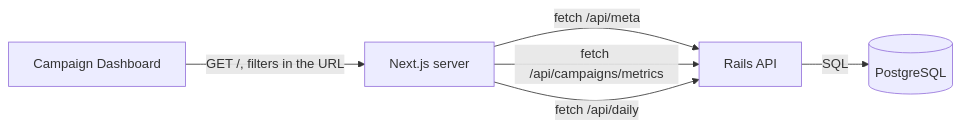
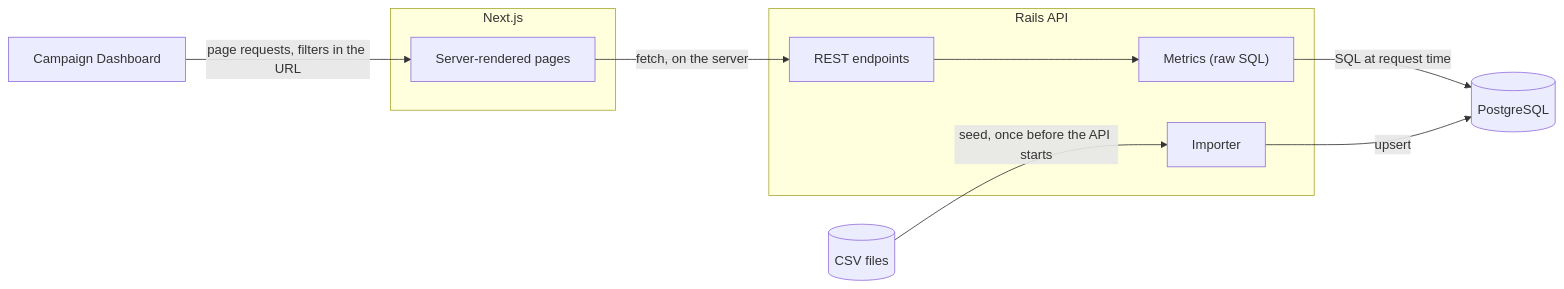
The first of 3 diagrams in TECHNICAL.md (diegovazquezny/campaign-dashboard), drawn with Mermaid before and after one commit. The commit also changed other lines of this file, not shown here.

Commit message:
TECHNICAL: overall architecture diagram, failure modes, AI tools, RDS wording

````diff
--- a/TECHNICAL.md
+++ b/TECHNICAL.md
@@ -11,13 +7,24 @@
 ```mermaid
 flowchart LR
+    csv[("CSV files")]
     browser[Campaign Dashboard]
-    web["Next.js server"]
-    api["Rails API"]
+
+    subgraph web["Next.js"]
+        pages["Server-rendered pages"]
+    end
+
+    subgraph rails["Rails API"]
+        endpoints["REST endpoints"]
+        metrics["Metrics (raw SQL)"]
+        importer["Importer"]
+        endpoints --> metrics
+    end
+
     db[(PostgreSQL)]
 
-    browser -- "GET /, filters in the URL" --> web
-    web -- "fetch /api/meta" --> api
-    web -- "fetch /api/campaigns/metrics" --> api
-    web -- "fetch /api/daily" --> api
-    api -- "SQL" --> db
+    browser -- "page requests, filters in the URL" --> pages
+    pages -- "fetch, on the server" --> endpoints
+    metrics -- "SQL at request time" --> db
+    csv -- "seed, once before the API starts" --> importer
+    importer -- "upsert" --> db
 ```
````
